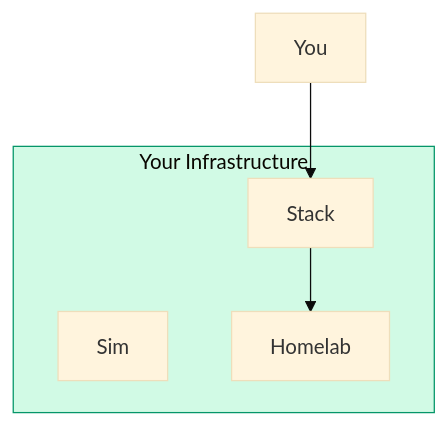
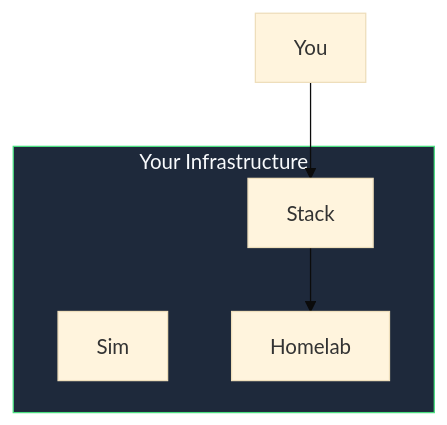
One commit to KombiverseLabs/docs changed the sixth of 8 diagrams in ecosystem.mdx. Above: the diagram before and after it, drawn with Mermaid (base theme). The commit also changed other lines of this file and 33 other files, not shown here.

````diff
--- a/ecosystem.mdx
+++ b/ecosystem.mdx
@@ -236,13 +236,13 @@
     ```mermaid
     graph TB
         subgraph Your["Your Infrastructure"]
             Stack["Stack"]
             Sim["Sim"]
             HL["Homelab"]
         end
         
         You["You"] --> Stack
         Stack --> HL
         
-        style Your fill:#d1fae5,stroke:#059669
+        style Your fill:#1e293b,stroke:#4ade80,color:#f8fafc
     ```
````
